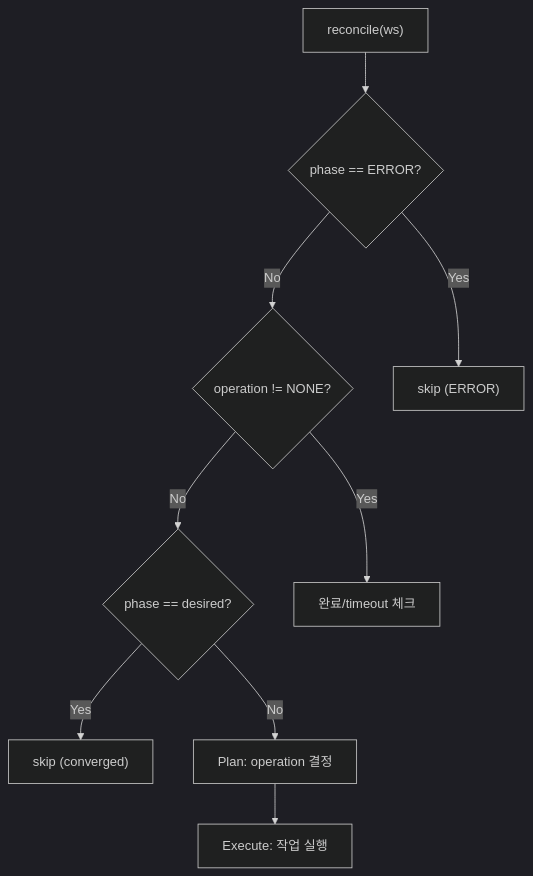
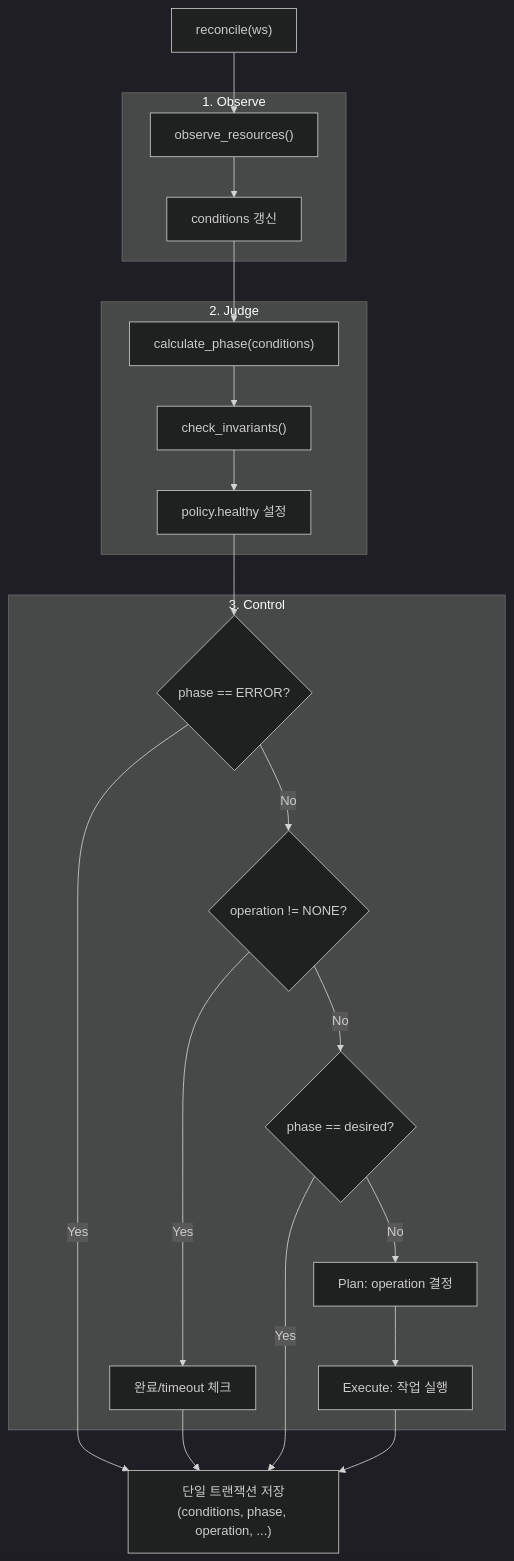
The second of 5 diagrams in docs/spec_v2/04-control-plane.md (cagojeiger/code-hub), drawn with Mermaid (dark theme) before and after one commit. The commit also changed other lines of this file and 6 other files, not shown here.

````diff
--- a/docs/spec_v2/04-control-plane.md
+++ b/docs/spec_v2/04-control-plane.md
@@ -255,21 +120,34 @@
 ```mermaid
 flowchart TB
     START["reconcile(ws)"]
-    PHASE{"phase == ERROR?"}
-    OP{"operation != NONE?"}
-    CONV{"phase == desired?"}
-    SKIP1["skip (ERROR)"]
-    SKIP2["skip (converged)"]
-    CHECK["완료/timeout 체크"]
-    PLAN["Plan: operation 결정"]
-    EXEC["Execute: 작업 실행"]
 
-    START --> PHASE
-    PHASE -->|Yes| SKIP1
+    subgraph Observe["1. Observe"]
+        OBS["observe_resources()"]
+        COND["conditions 갱신"]
+    end
+
+    subgraph Judge["2. Judge"]
+        CALC["calculate_phase(conditions)"]
+        INV["check_invariants()"]
+        HEALTH["policy.healthy 설정"]
+    end
+
+    subgraph Control["3. Control"]
+        PHASE{"phase == ERROR?"}
+        OP{"operation != NONE?"}
+        CONV{"phase == desired?"}
+        CHECK["완료/timeout 체크"]
+        PLAN["Plan: operation 결정"]
+        EXEC["Execute: 작업 실행"]
+    end
+
+    SAVE["단일 트랜잭션 저장<br/>(conditions, phase, operation, ...)"]
+
+    START --> OBS --> COND --> CALC --> INV --> HEALTH --> PHASE
+    PHASE -->|Yes| SAVE
     PHASE -->|No| OP
-    OP -->|Yes| CHECK
+    OP -->|Yes| CHECK --> SAVE
     OP -->|No| CONV
-    CONV -->|Yes| SKIP2
-    CONV -->|No| PLAN
-    PLAN --> EXEC
+    CONV -->|Yes| SAVE
+    CONV -->|No| PLAN --> EXEC --> SAVE
 ```
````
